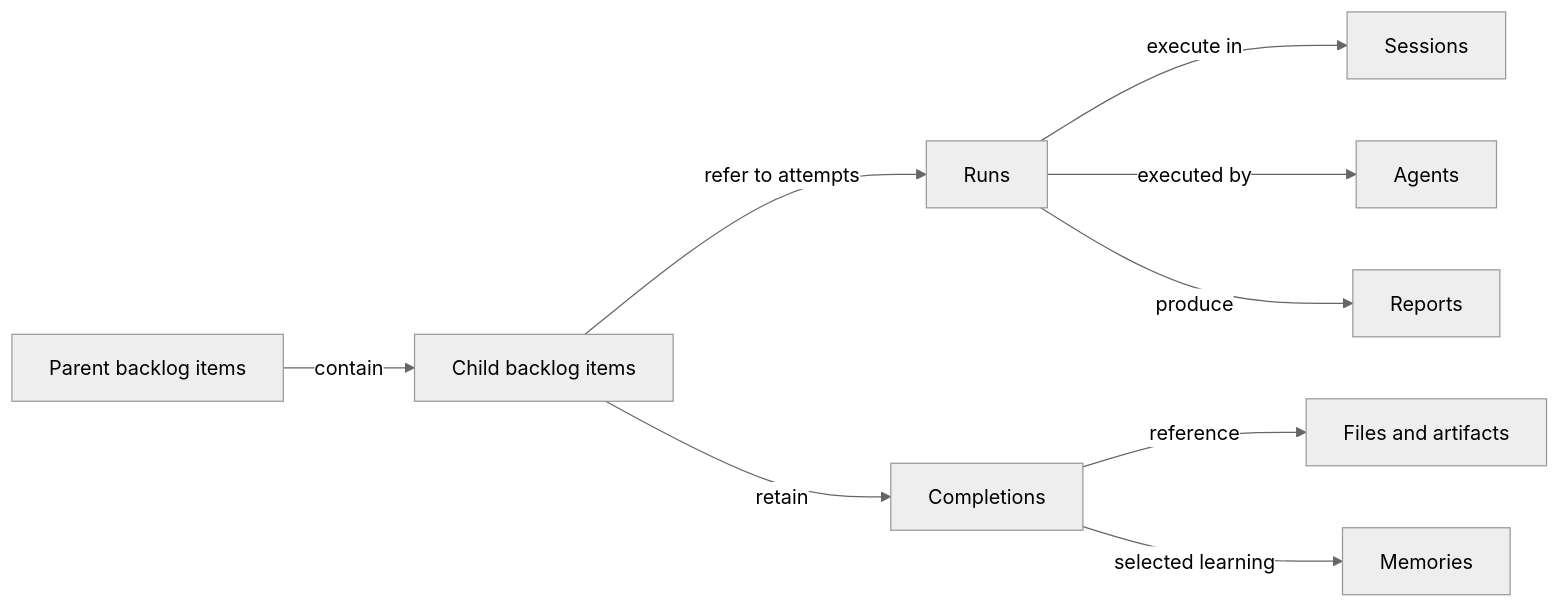
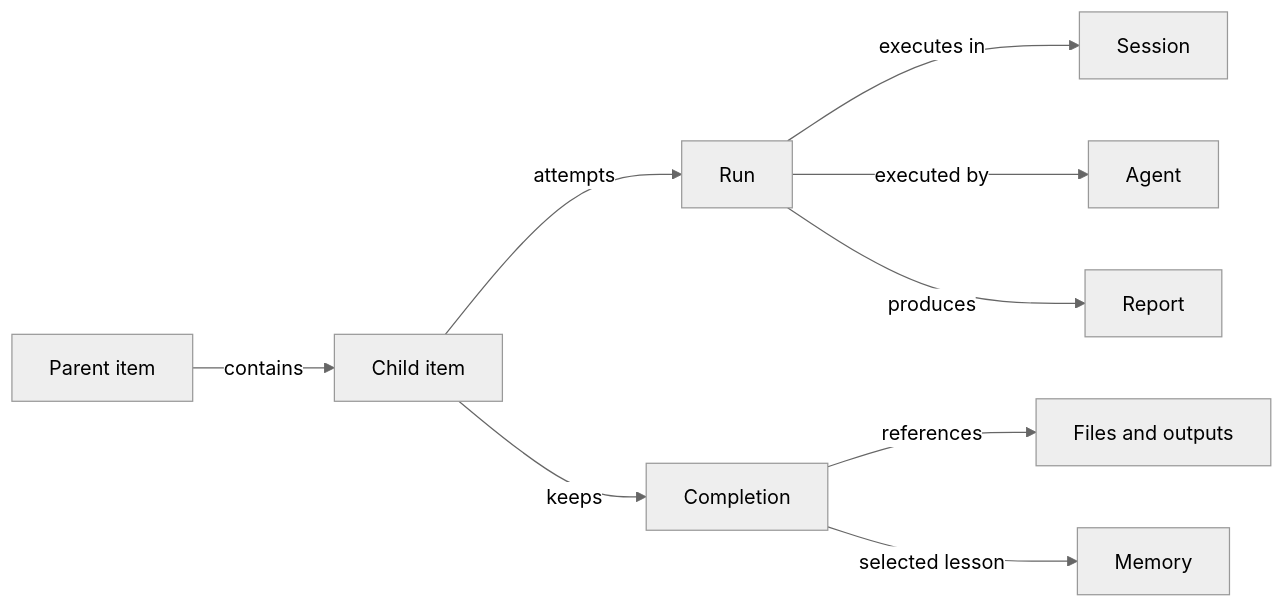
Before and after one commit to bgauryy/octocode-coding-agent: the first of 2 diagrams in docs/ENTITIES.md, drawn with Mermaid (neutral theme). The commit also changed other lines of this file and 439 other files, not shown here.

````diff
--- a/docs/ENTITIES.md
+++ b/docs/ENTITIES.md
@@ -85,11 +5,11 @@
 ```mermaid
 flowchart LR
-    Parents[Parent backlog items] -->|contain| Children[Child backlog items]
-    Children -->|refer to attempts| Runs[Runs]
-    Runs -->|execute in| Sessions[Sessions]
-    Runs -->|executed by| Agents[Agents]
-    Runs -->|produce| Reports[Reports]
-    Children -->|retain| Completions[Completions]
-    Completions -->|reference| Outputs[Files and artifacts]
-    Completions -->|selected learning| Memories[Memories]
+  Parent[Parent item] -->|contains| Child[Child item]
+  Child -->|attempts| Run[Run]
+  Run -->|executes in| Session[Session]
+  Run -->|executed by| Agent[Agent]
+  Run -->|produces| Report[Report]
+  Child -->|keeps| Completion[Completion]
+  Completion -->|references| Out[Files and outputs]
+  Completion -->|selected lesson| Memory[Memory]
 ```
````
